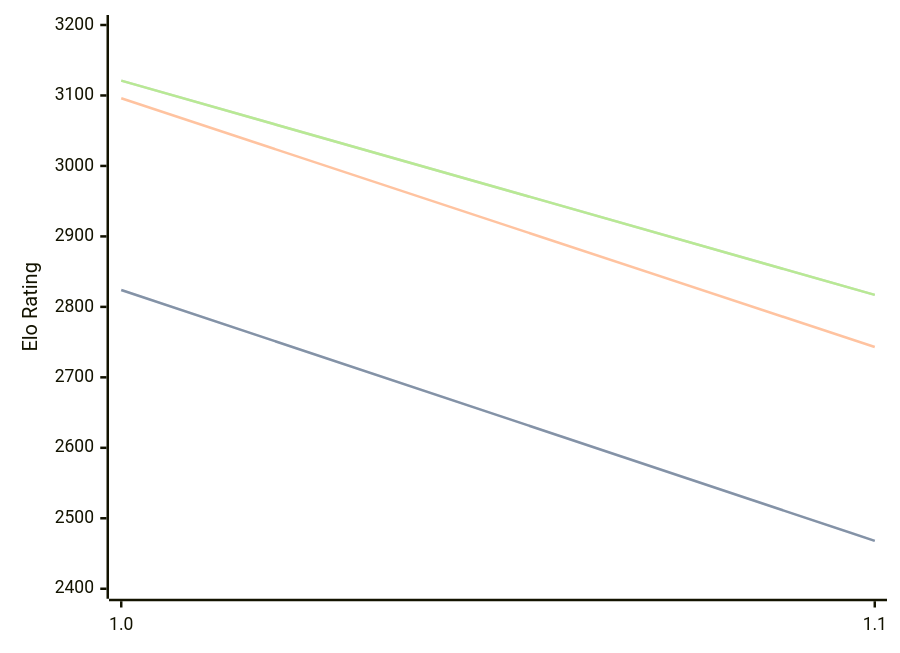
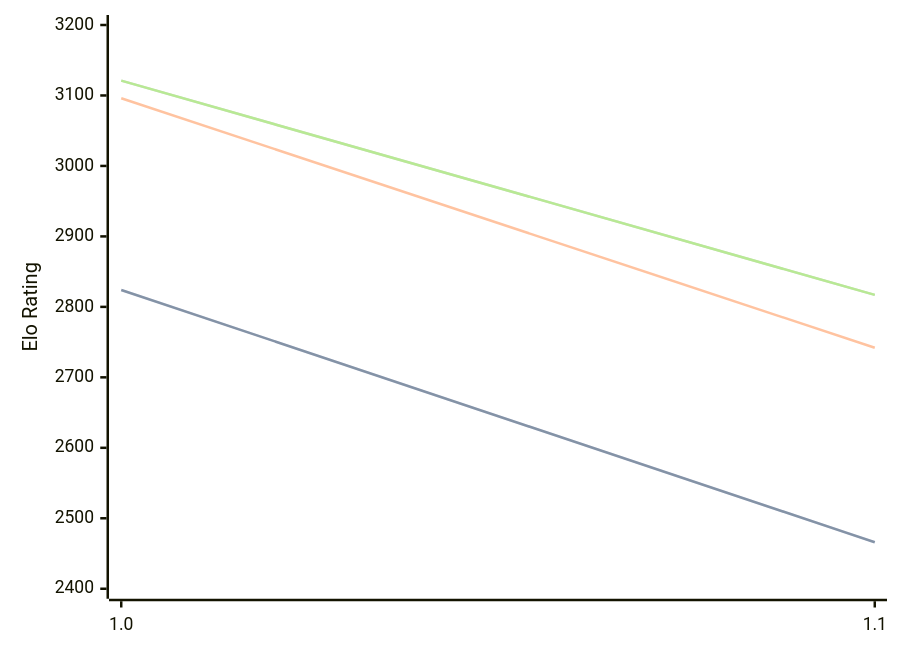
Before and after one commit to computer-chess-index/cci: the third of 3 diagrams in engines/Publius.md, drawn with Mermaid. The commit also changed other lines of this file, not shown here.

````diff
--- a/engines/Publius.md
+++ b/engines/Publius.md
@@ -65,11 +65,11 @@
 ```mermaid
 %%{init: {"theme":"base","themeVariables":{"seriesColors:['#a3a3a3','#222221','#faa371']}}}%%
 xychart-beta
   x-axis ["1.0", "1.1"]
   y-axis "Elo Rating" 2400 --> 3200
-  line "STC (8.0+0.08s)" [2824, 2468]
-  line "STC (8.0+0.08s)" [2824, 2468]
-  line "LTC (60.0+0.60s)" [3096, 2743]
+  line "STC (8.0+0.08s)" [2824, 2466]
+  line "STC (8.0+0.08s)" [2824, 2466]
+  line "LTC (60.0+0.60s)" [3096, 2742]
   line "VLTC (2m24s+1.12s)" [3121, 2817]
   line "VLTC (2m24s+1.12s)" [3121, 2817]
 ```
````
